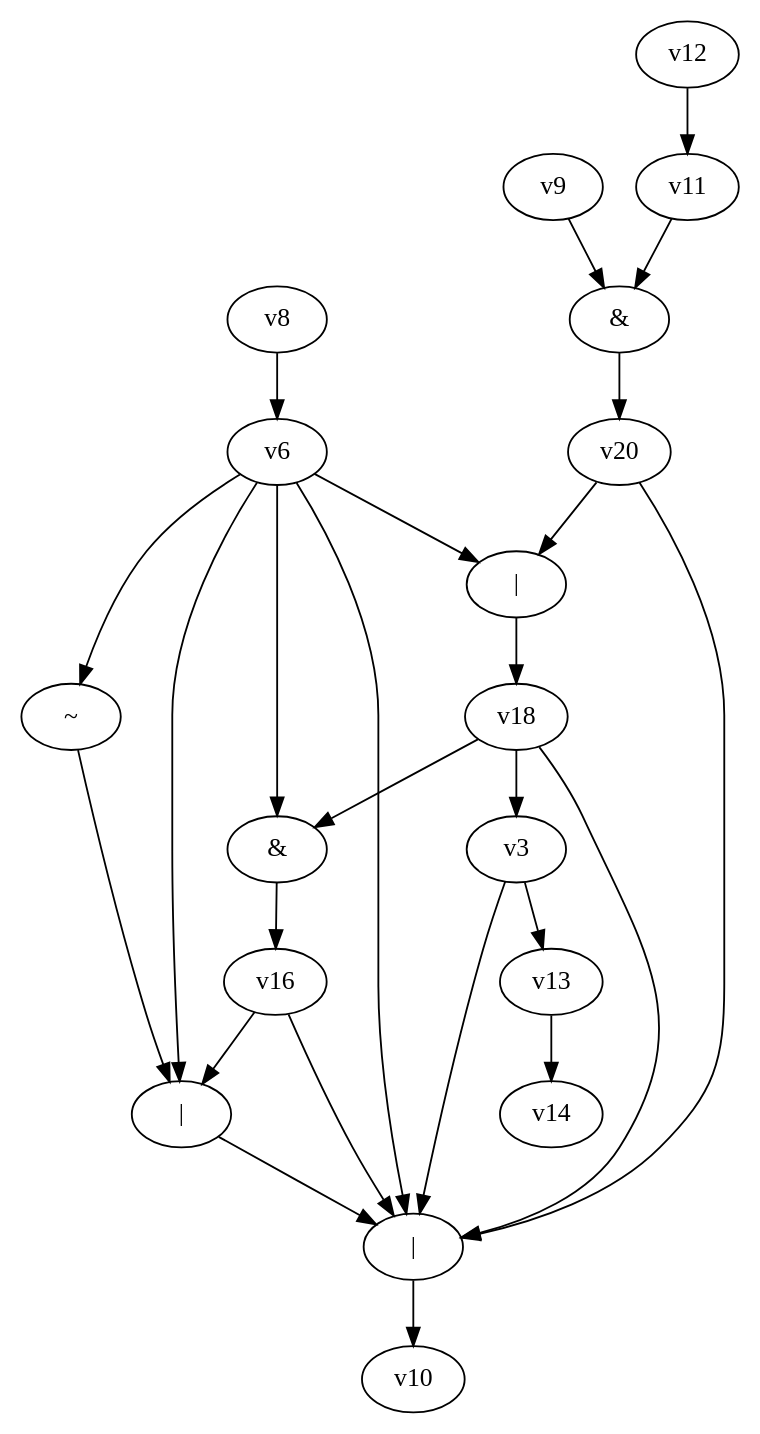
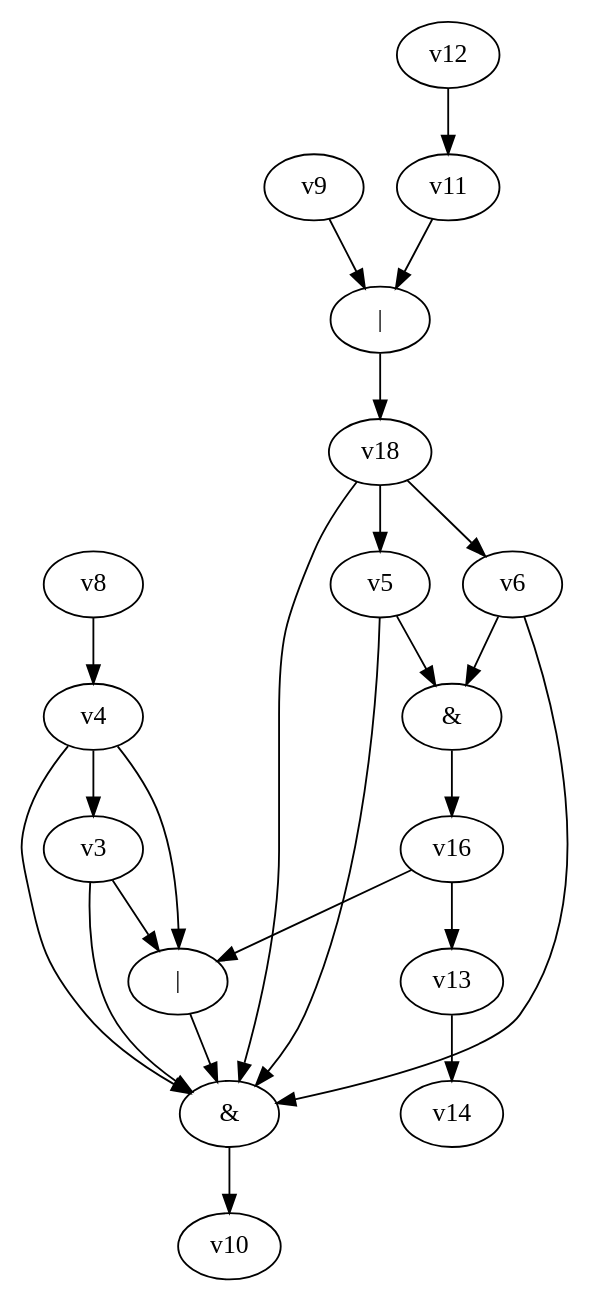
One commit to yadej/graph_project changed the diagram in dot_files/random_bool_circ.dot. Above: the diagram before and after it, drawn with Graphviz. The commit also changed 1 other file, not shown here.

```diff
--- a/dot_files/random_bool_circ.dot
+++ b/dot_files/random_bool_circ.dot
@@ -1,29 +1,27 @@
 digraph G { 
-v0 [label="|"]; 
+v0 [label="&"]; 
 v1 [label="|"]; 
-v5 [label="~"]; 
 v15 [label="&"]; 
 v17 [label="|"]; 
-v19 [label="&"]; 
 v0 -> v10;
 v1 -> v0;
 v3 -> v0;
-v3 -> v13 -> v14;
-v5 -> v1;
+v3 -> v1;
+v4 -> v0;
+v4 -> v1;
+v4 -> v3;
+v5 -> v0;
+v5 -> v15 -> v16;
 v6 -> v0;
-v6 -> v1;
-v6 -> v5;
-v6 -> v15 -> v16;
-v6 -> v17 -> v18;
-v8 -> v6;
-v9 -> v19 -> v20;
-v11 -> v19;
+v6 -> v15;
+v8 -> v4;
+v9 -> v17 -> v18;
+v11 -> v17;
 v12 -> v11;
-v16 -> v0;
+v13 -> v14;
 v16 -> v1;
+v16 -> v13;
 v18 -> v0;
-v18 -> v3;
-v18 -> v15;
-v20 -> v0;
-v20 -> v17;
+v18 -> v5;
+v18 -> v6;
 }
```
